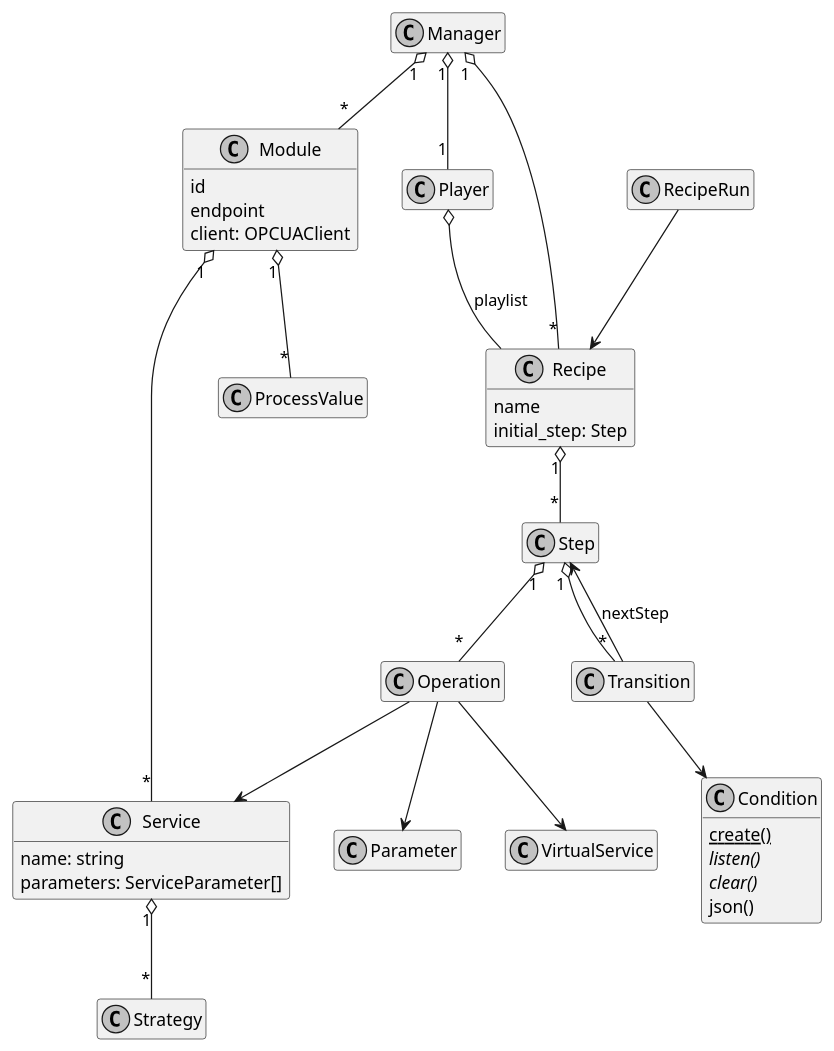
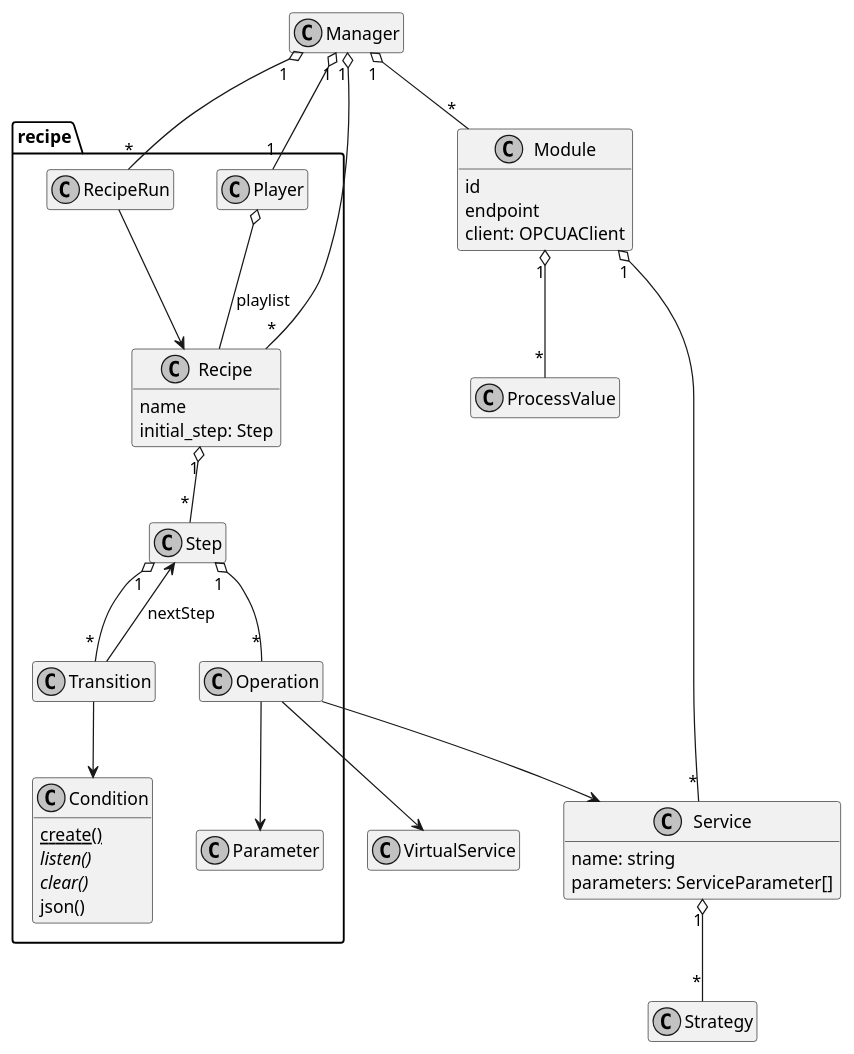
One commit to p2o-lab/polaris-backend changed the diagram in doc/classdiagram.puml. Above: the diagram before and after it, drawn with PlantUML. The commit also changed 8 other files, not shown here.

```diff
--- a/doc/classdiagram.puml
+++ b/doc/classdiagram.puml
@@ -1,75 +1,81 @@
 @startuml
 skinparam monochrome true
 hide empty methods
 hide empty fields
 
 class Manager
 class Module {
     id
     endpoint
     client: OPCUAClient
 }
-class Operation
-class Parameter
-class Player
 
-Player o-- Recipe : playlist
-class Recipe {
-    name
-    initial_step: Step
-}
-class RecipeRun
-RecipeRun --> Recipe
 class Service {
     name: string
     parameters: ServiceParameter[]
 }
 class ProcessValue
 class Strategy
-class Condition{
-    {static} create()
-    {abstract} listen()
-    {abstract} clear()
-    json()
+
+package recipe {
+    class Operation
+    class Parameter
+    class Player
+    class Recipe {
+        name
+        initial_step: Step
+    }
+    class RecipeRun
+    class Condition{
+        {static} create()
+        {abstract} listen()
+        {abstract} clear()
+        json()
+    }
+    'class NotCondition
+    'class AndCondition
+    'class OrCondition
+    'class StateCondition
+    'class VariableCondition
+    'class TimeCondition {
+    '    duration
+    '}
+    class Step
+    class Transition
 }
-'class NotCondition
-'class AndCondition
-'class OrCondition
-'class StateCondition
-'class VariableCondition
-'class TimeCondition {
-'    duration
-'}
-
 
 'NotCondition --|> Condition
 'AndCondition --|> Condition
 'OrCondition --|> Condition
 'TimeCondition --|> Condition
 'VariableCondition --|> Condition
 'StateCondition --|> Condition
 
+RecipeRun --> Recipe
+Player o-- Recipe : playlist
+
 Manager "1" o-- "*" Module
 Manager "1" o-- "*" Recipe
+Manager "1" o-- "*" RecipeRun
 Manager "1" o-- "1" Player
 
 Module "1" o-- "*" Service
 Module "1" o-- "*" ProcessValue
 
 Service "1" o-- "*" Strategy
 
 Recipe "1" o-- "*" Step
 Step "1" o-- "*" Operation
 Step "1" o-- "*" Transition
 
 Transition --> Step : nextStep
 Transition --> Condition
 
 Operation --> Service
 Operation --> Parameter
 Operation --> VirtualService
 
 class VirtualService {
 }
 
 @enduml
```
